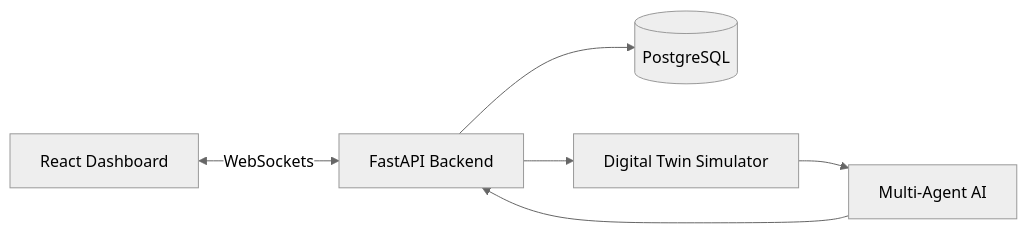
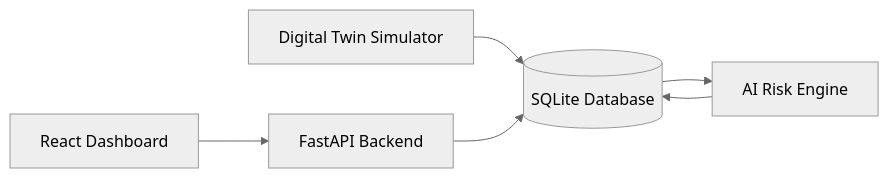
The first of 3 diagrams in README.md (ashcodes28/PermitGhost), drawn with Mermaid (neutral theme) before and after one commit. The commit also changed other lines of this file, not shown here.

````diff
--- a/README.md
+++ b/README.md
@@ -85,22 +57,19 @@
 ```mermaid
 flowchart LR
 
-Frontend["React Dashboard"]
+DT["Digital Twin Simulator"]
 
-Backend["FastAPI Backend"]
+DB[(SQLite Database)]
 
-Database[(PostgreSQL)]
+AI["AI Risk Engine"]
 
-Twin["Digital Twin Simulator"]
+API["FastAPI Backend"]
 
-AI["Multi-Agent AI"]
+UI["React Dashboard"]
 
-Frontend <-- WebSockets --> Backend
-
-Backend --> Database
-Backend --> Twin
-
-Twin --> AI
-
-AI --> Backend
+DT --> DB
+DB --> AI
+AI --> DB
+API --> DB
+UI --> API
 ```
````
